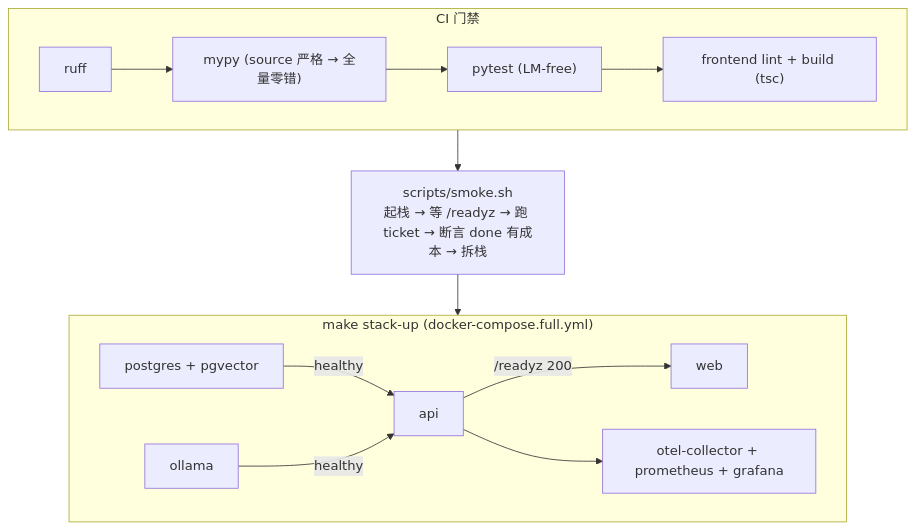
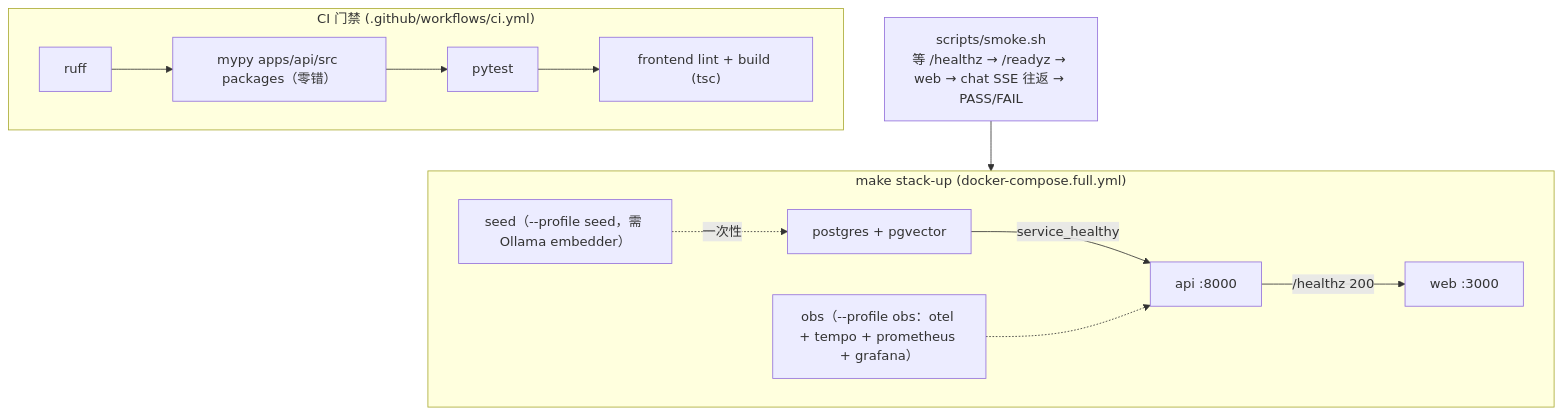
Before and after one commit to AndyUneducated/resolve-ai: the diagram in docs/milestone-15-plan.md, drawn with Mermaid. The commit also changed other lines of this file and 15 other files, not shown here.

````diff
--- a/docs/milestone-15-plan.md
+++ b/docs/milestone-15-plan.md
@@ -9,16 +9,15 @@
 ```mermaid
 flowchart TD
-  subgraph ci["CI 门禁"]
-    ruff["ruff"] --> mypytest["mypy (source 严格 → 全量零错)"]
-    mypytest --> pytest["pytest (LM-free)"]
+  subgraph ci["CI 门禁 (.github/workflows/ci.yml)"]
+    ruff["ruff"] --> mypytest["mypy apps/api/src packages（零错）"]
+    mypytest --> pytest["pytest"]
     pytest --> fe["frontend lint + build (tsc)"]
   end
   subgraph stack["make stack-up (docker-compose.full.yml)"]
-    pg["postgres + pgvector"] -->|healthy| api["api"]
-    ollama["ollama"] -->|healthy| api
-    api -->|/readyz 200| web["web"]
-    api --> obs["otel-collector + prometheus + grafana"]
+    pg["postgres + pgvector"] -->|service_healthy| api["api :8000"]
+    api -->|/healthz 200| web["web :3000"]
+    seed["seed（--profile seed，需 Ollama embedder）"] -.->|一次性| pg
+    obs["obs（--profile obs：otel + tempo + prometheus + grafana）"] -.-> api
   end
-  ci --> smoke["scripts/smoke.sh<br/>起栈 → 等 /readyz → 跑 ticket → 断言 done 有成本 → 拆栈"]
-  smoke --> stack
+  smoke["scripts/smoke.sh<br/>等 /healthz → /readyz → web → chat SSE 往返 → PASS/FAIL"] --> stack
 ```
````
